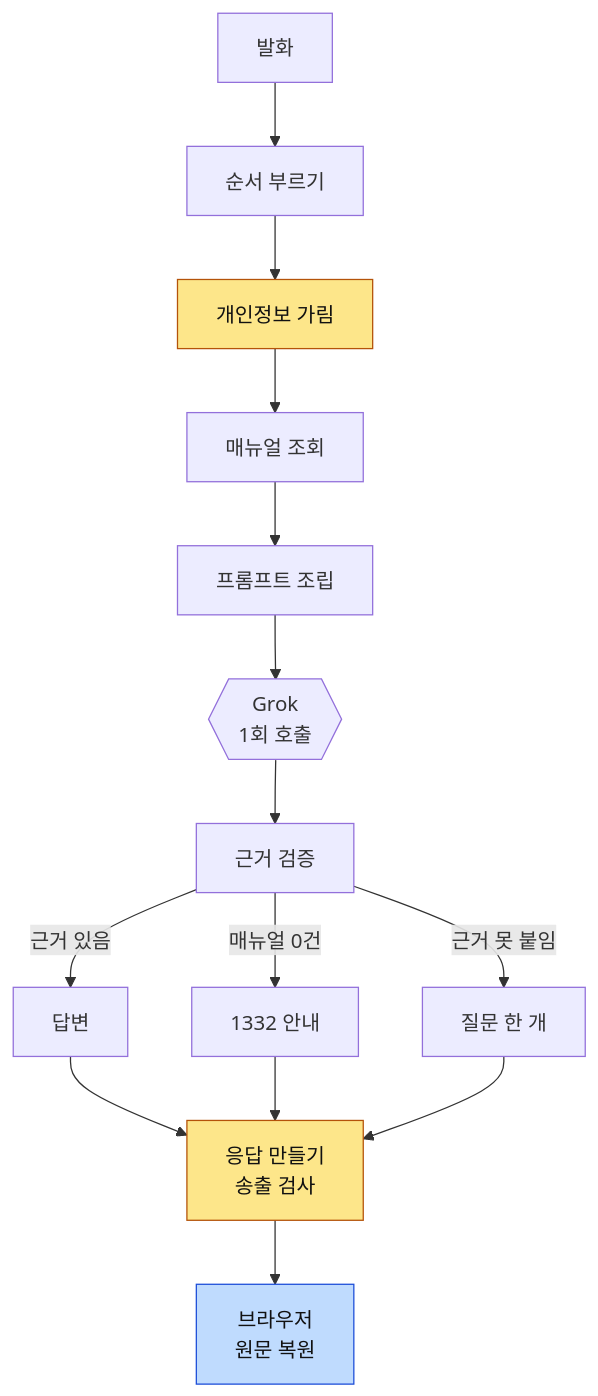
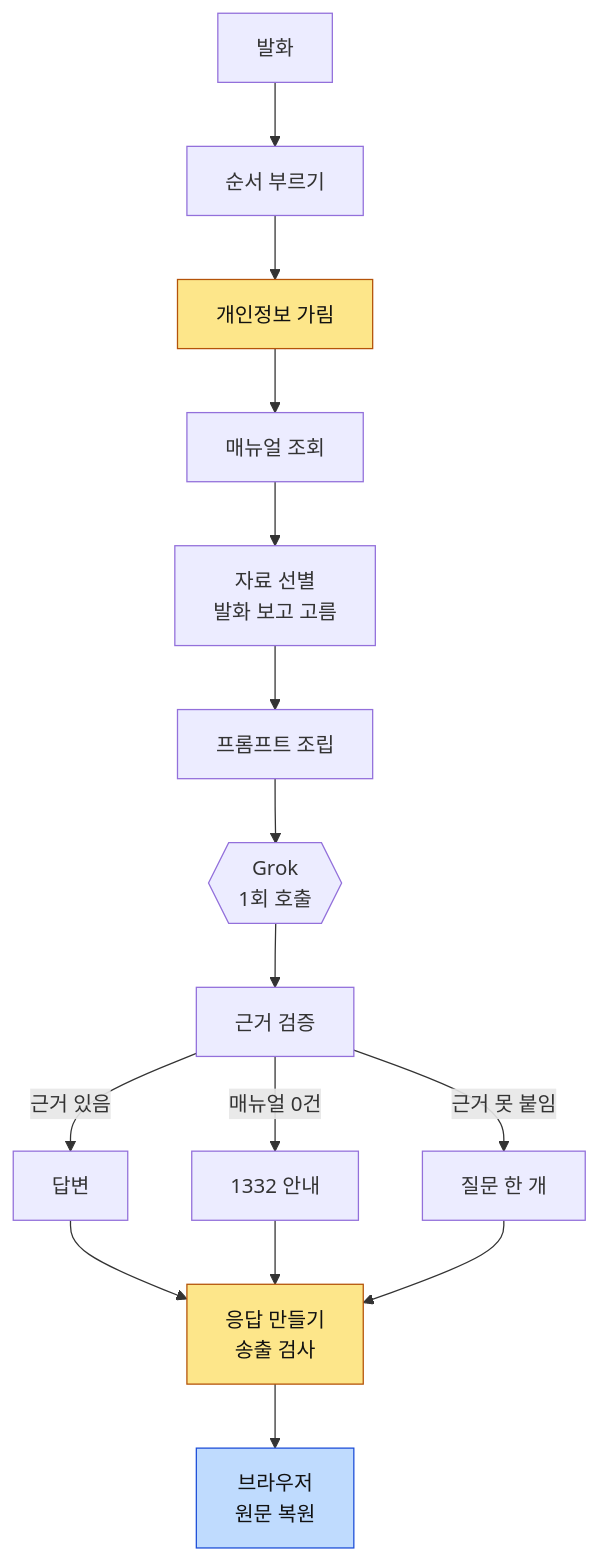
One commit to Dojaegyum/fsec-ai-challenge changed the fourth of 10 diagrams in ARCHITECTURE.md. Above: the diagram before and after it, drawn with Mermaid. The commit also changed other lines of this file and 41 other files, not shown here.

````diff
--- a/ARCHITECTURE.md
+++ b/ARCHITECTURE.md
@@ -178,22 +179,23 @@
 ```mermaid
 flowchart TB
     IN["발화"] --> RECV["순서 부르기"]
     RECV --> TOK["개인정보 가림"]
     TOK --> FIND["매뉴얼 조회"]
-    FIND --> PB["프롬프트 조립"]
+    FIND --> SEL["자료 선별<br/>발화 보고 고름"]
+    SEL --> PB["프롬프트 조립"]
     PB --> LLM{{"Grok<br/>1회 호출"}}
     LLM --> CC["근거 검증"]
 
     CC -->|"근거 있음"| OUT["답변"]
     CC -->|"매뉴얼 0건"| G1332["1332 안내"]
     CC -->|"근거 못 붙임"| SLOT["질문 한 개"]
 
     OUT --> PUB["응답 만들기<br/>송출 검사"]
     G1332 --> PUB
     SLOT --> PUB
     PUB --> BR["브라우저<br/>원문 복원"]
 
     style TOK fill:#fde68a,stroke:#b45309,color:#111
     style PUB fill:#fde68a,stroke:#b45309,color:#111
     style BR fill:#bfdbfe,stroke:#1d4ed8,color:#111
 ```
````
